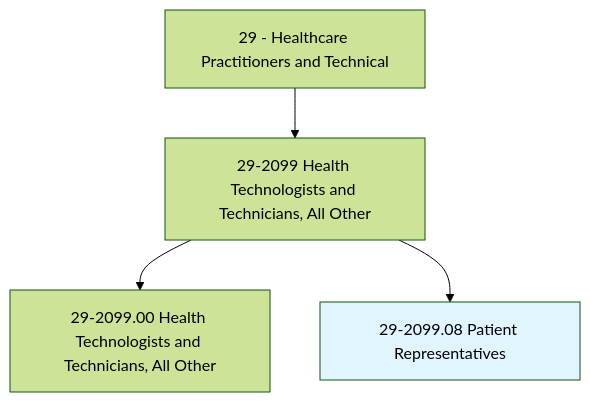
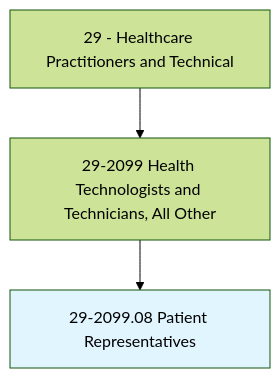
The first of 4 diagrams in occupations/HealthcarePractitioners/PatientRepresentatives.mdx (kziemski/business.org.ai), drawn with Mermaid (forest theme) before and after one commit. The commit also changed other lines of this file and 938 other files, not shown here.

````diff
--- a/occupations/HealthcarePractitioners/PatientRepresentatives.mdx
+++ b/occupations/HealthcarePractitioners/PatientRepresentatives.mdx
@@ -19,7 +23,6 @@
 ```mermaid
 graph TD
     Cat29["29 - Healthcare Practitioners and Technical"] --> Group292099["29-2099 Health Technologists and Technicians, All Other"]
-    Group292099 --> Base["29-2099.00 Health Technologists and Technicians, All Other"]
     Group292099 --> Current["29-2099.08 Patient Representatives"]
     style Current fill:#e1f5fe
 ```
````
